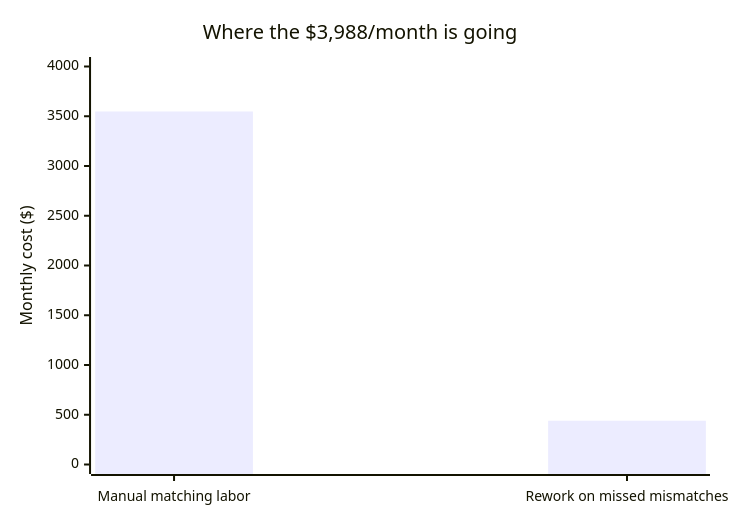
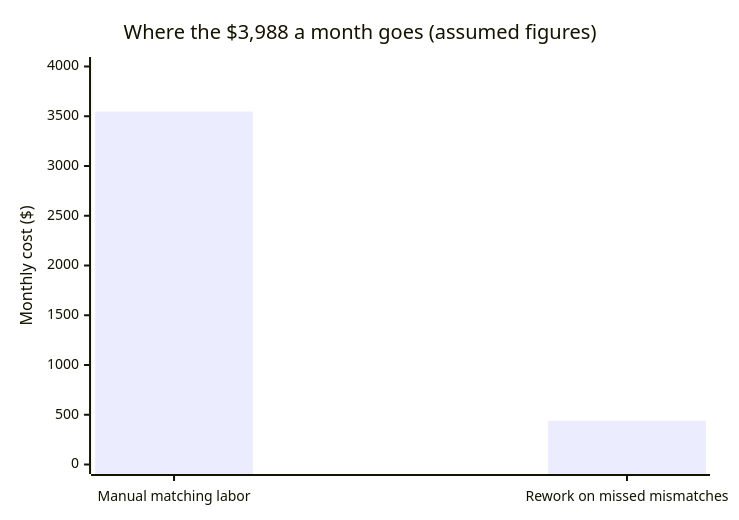
The first of 2 diagrams in src/content/product-domain/value-based-selling/L3-deep-dive.mdx (francoandreDev/knowledge), drawn with Mermaid before and after one commit. The commit also changed other lines of this file and 3 other files, not shown here.

````diff
--- a/src/content/product-domain/value-based-selling/L3-deep-dive.mdx
+++ b/src/content/product-domain/value-based-selling/L3-deep-dive.mdx
@@ -64,7 +64,7 @@
 ```mermaid
 xychart-beta
-    title "Where the $3,988/month is going"
+    title "Where the $3,988 a month goes (assumed figures)"
     x-axis ["Manual matching labor", "Rework on missed mismatches"]
     y-axis "Monthly cost ($)" 0 --> 4000
     bar [3548, 440]
 ```
````
